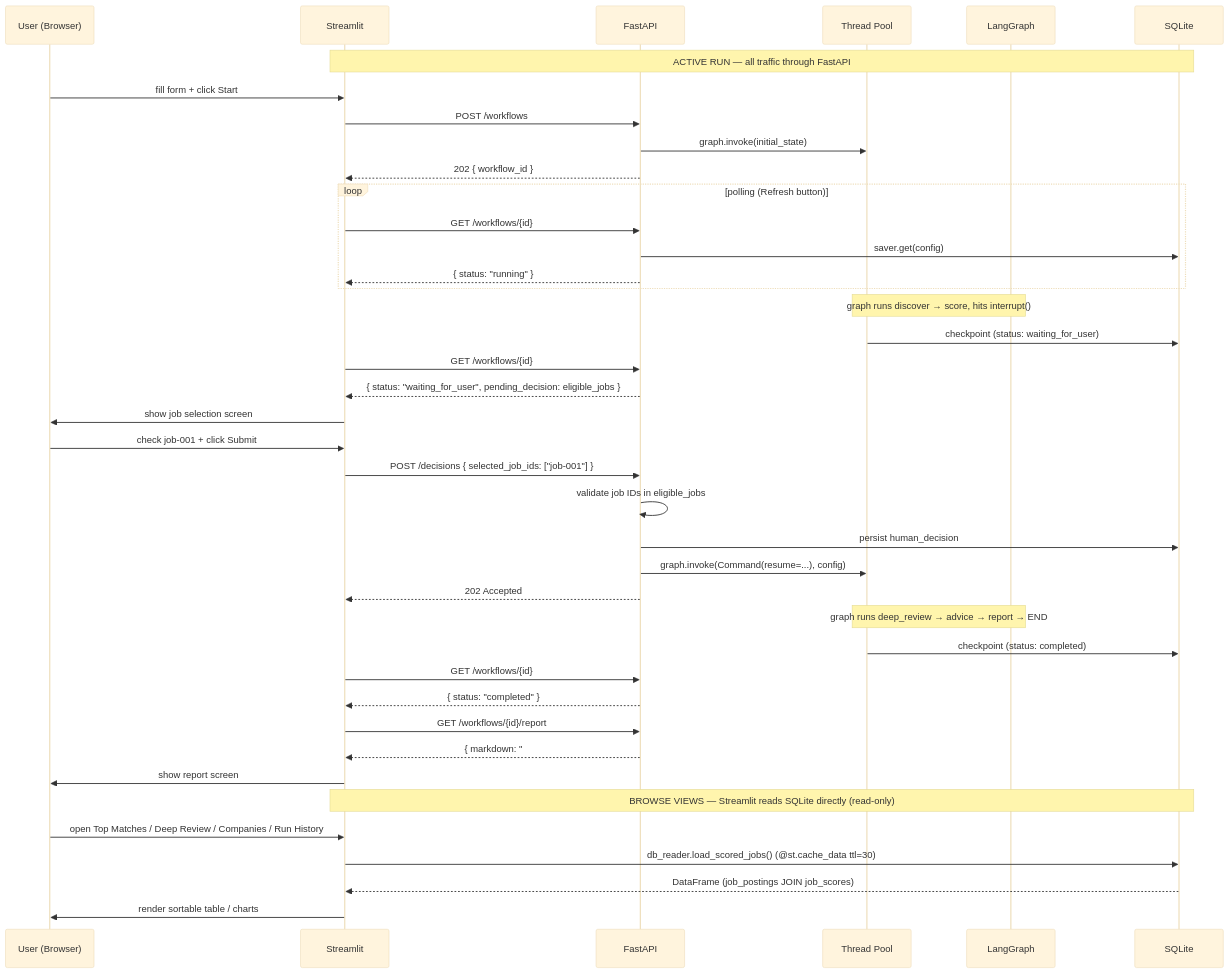
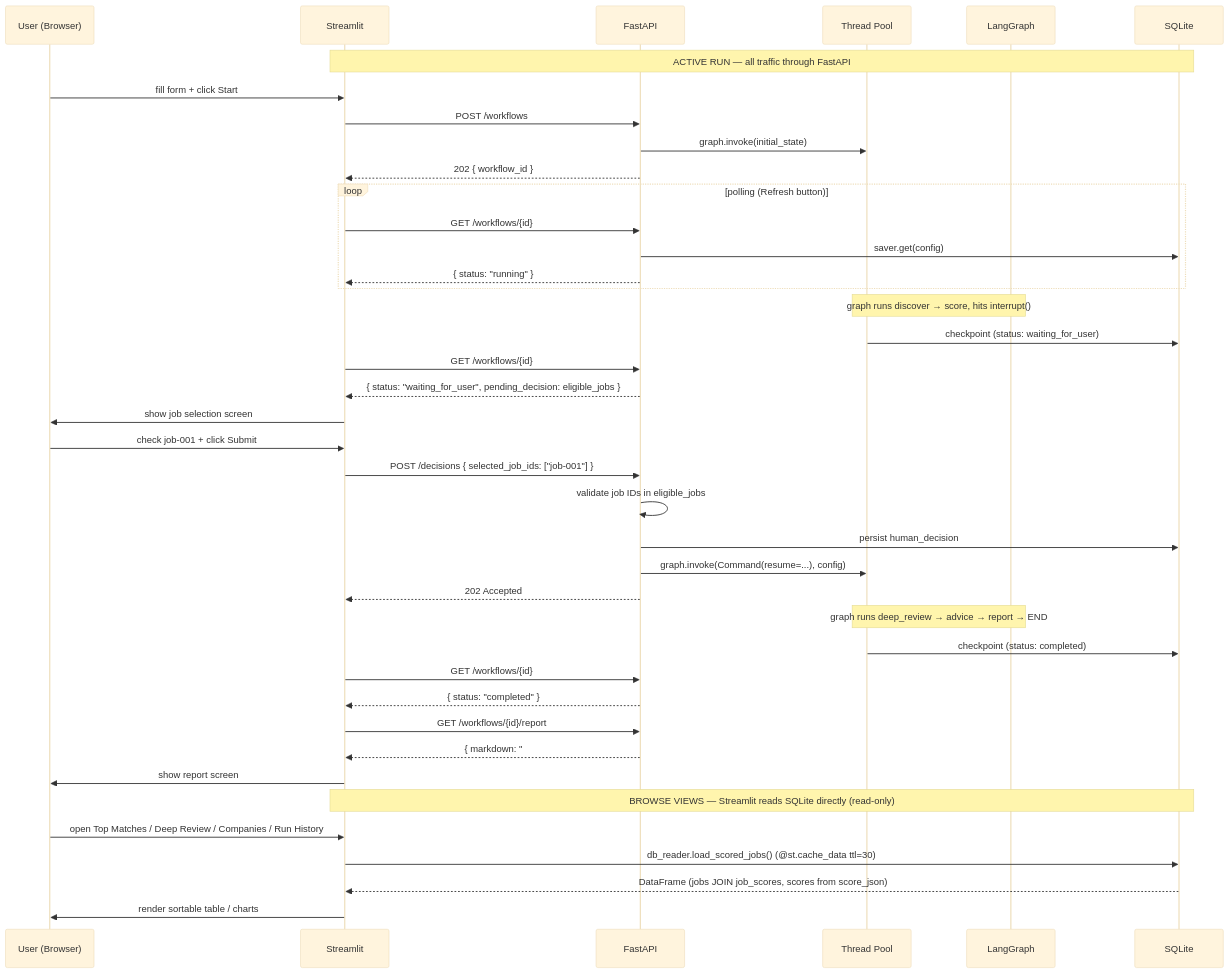
The sixth of 6 diagrams in docs/architecture/phases/phase-6-api-ui.md (suthrams/jobsearchagent-v2), drawn with Mermaid (base theme) before and after one commit. The commit also changed other lines of this file and 51 other files, not shown here.

````diff
--- a/docs/architecture/phases/phase-6-api-ui.md
+++ b/docs/architecture/phases/phase-6-api-ui.md
@@ -711,50 +734,50 @@
 ```mermaid
 sequenceDiagram
     participant U as User (Browser)
     participant ST as Streamlit
     participant FA as FastAPI
     participant TP as Thread Pool
     participant G as LangGraph
     participant DB as SQLite
 
     Note over ST,DB: ACTIVE RUN — all traffic through FastAPI
     U->>ST: fill form + click Start
     ST->>FA: POST /workflows
     FA->>TP: graph.invoke(initial_state)
     FA-->>ST: 202 { workflow_id }
 
     loop polling (Refresh button)
         ST->>FA: GET /workflows/{id}
         FA->>DB: saver.get(config)
         FA-->>ST: { status: "running" }
     end
 
     Note over TP,G: graph runs discover → score, hits interrupt()
     TP->>DB: checkpoint (status: waiting_for_user)
 
     ST->>FA: GET /workflows/{id}
     FA-->>ST: { status: "waiting_for_user", pending_decision: eligible_jobs }
     ST->>U: show job selection screen
 
     U->>ST: check job-001 + click Submit
     ST->>FA: POST /decisions { selected_job_ids: ["job-001"] }
     FA->>FA: validate job IDs in eligible_jobs
     FA->>DB: persist human_decision
     FA->>TP: graph.invoke(Command(resume=...), config)
     FA-->>ST: 202 Accepted
 
     Note over TP,G: graph runs deep_review → advice → report → END
     TP->>DB: checkpoint (status: completed)
 
     ST->>FA: GET /workflows/{id}
     FA-->>ST: { status: "completed" }
     ST->>FA: GET /workflows/{id}/report
     FA-->>ST: { markdown: "# Report..." }
     ST->>U: show report screen
 
     Note over ST,DB: BROWSE VIEWS — Streamlit reads SQLite directly (read-only)
     U->>ST: open Top Matches / Deep Review / Companies / Run History
     ST->>DB: db_reader.load_scored_jobs() (@st.cache_data ttl=30)
-    DB-->>ST: DataFrame (job_postings JOIN job_scores)
+    DB-->>ST: DataFrame (jobs JOIN job_scores, scores from score_json)
     ST->>U: render sortable table / charts
 ```
````
